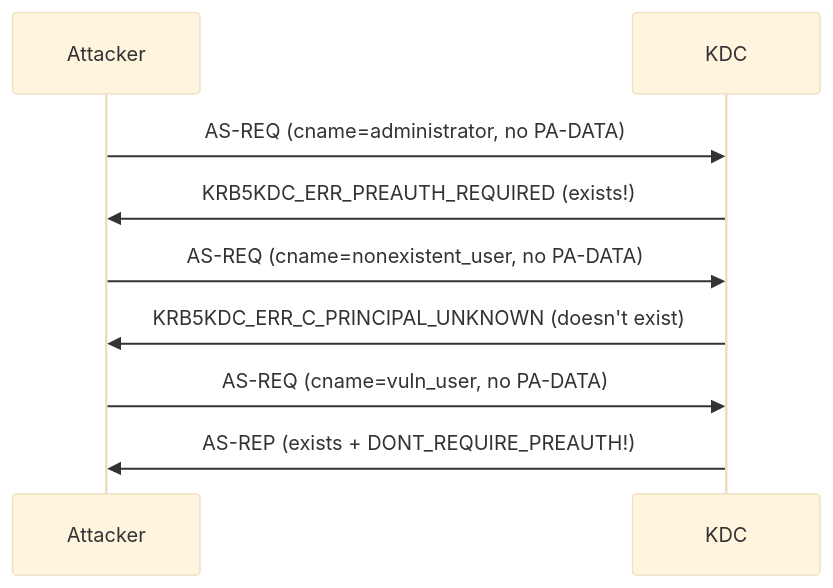
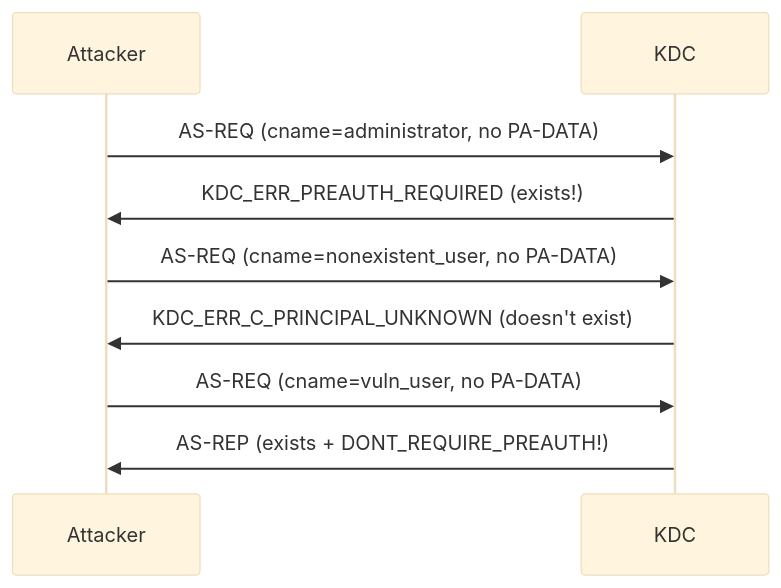
Before and after one commit to StrongWind1/Kerberos: the diagram in content/attacks/credential-theft/user-enumeration.md, drawn with Mermaid (base theme). The commit also changed other lines of this file and 117 other files, not shown here.

````diff
--- a/content/attacks/credential-theft/user-enumeration.md
+++ b/content/attacks/credential-theft/user-enumeration.md
@@ -18,14 +20,14 @@
 ```mermaid
 sequenceDiagram
     participant Attacker
     participant KDC
 
     Attacker->>KDC: AS-REQ (cname=administrator, no PA-DATA)
-    KDC->>Attacker: KRB5KDC_ERR_PREAUTH_REQUIRED (exists!)
+    KDC->>Attacker: KDC_ERR_PREAUTH_REQUIRED (exists!)
 
     Attacker->>KDC: AS-REQ (cname=nonexistent_user, no PA-DATA)
-    KDC->>Attacker: KRB5KDC_ERR_C_PRINCIPAL_UNKNOWN (doesn't exist)
+    KDC->>Attacker: KDC_ERR_C_PRINCIPAL_UNKNOWN (doesn't exist)
 
     Attacker->>KDC: AS-REQ (cname=vuln_user, no PA-DATA)
     KDC->>Attacker: AS-REP (exists + DONT_REQUIRE_PREAUTH!)
 ```
````
